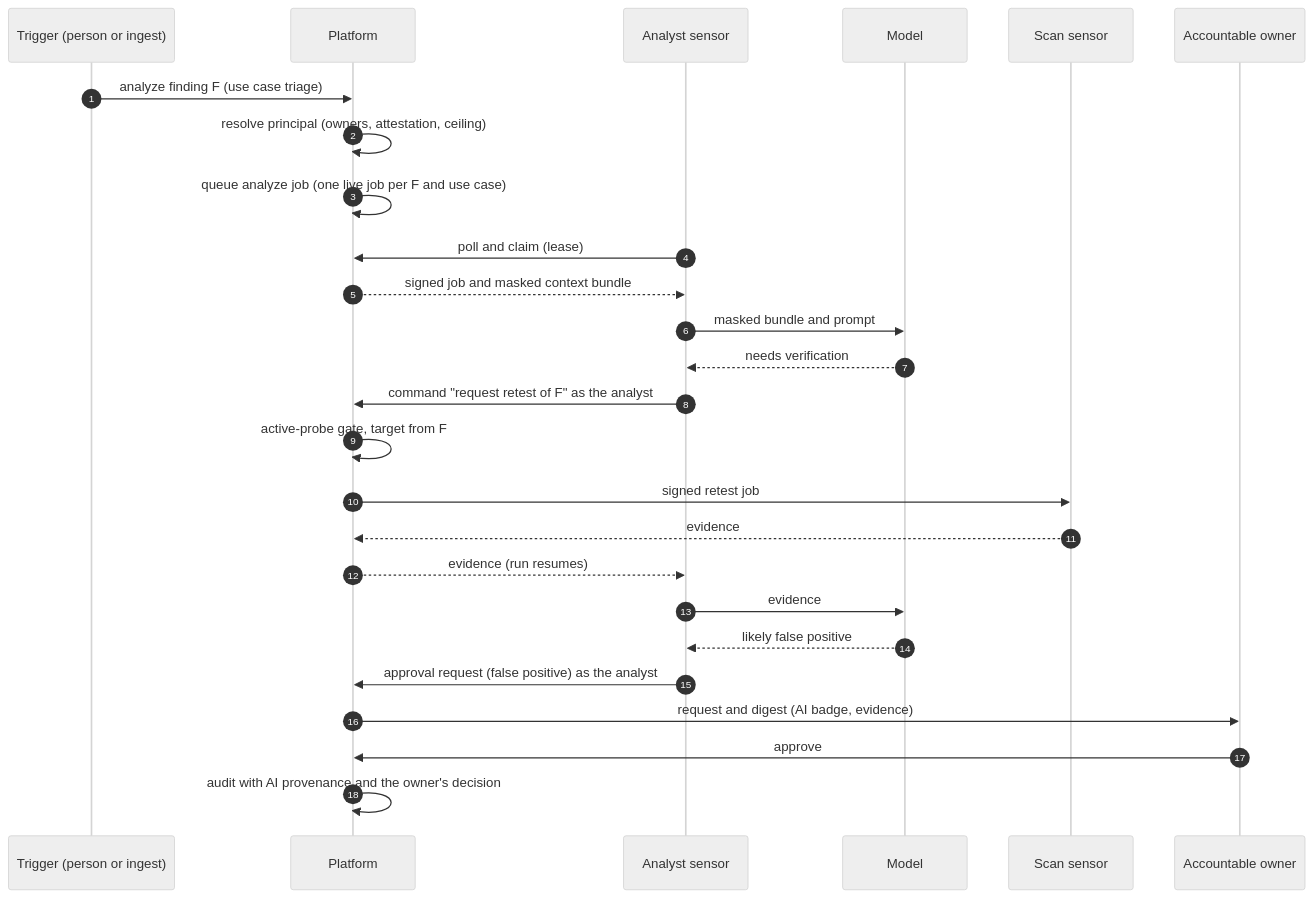
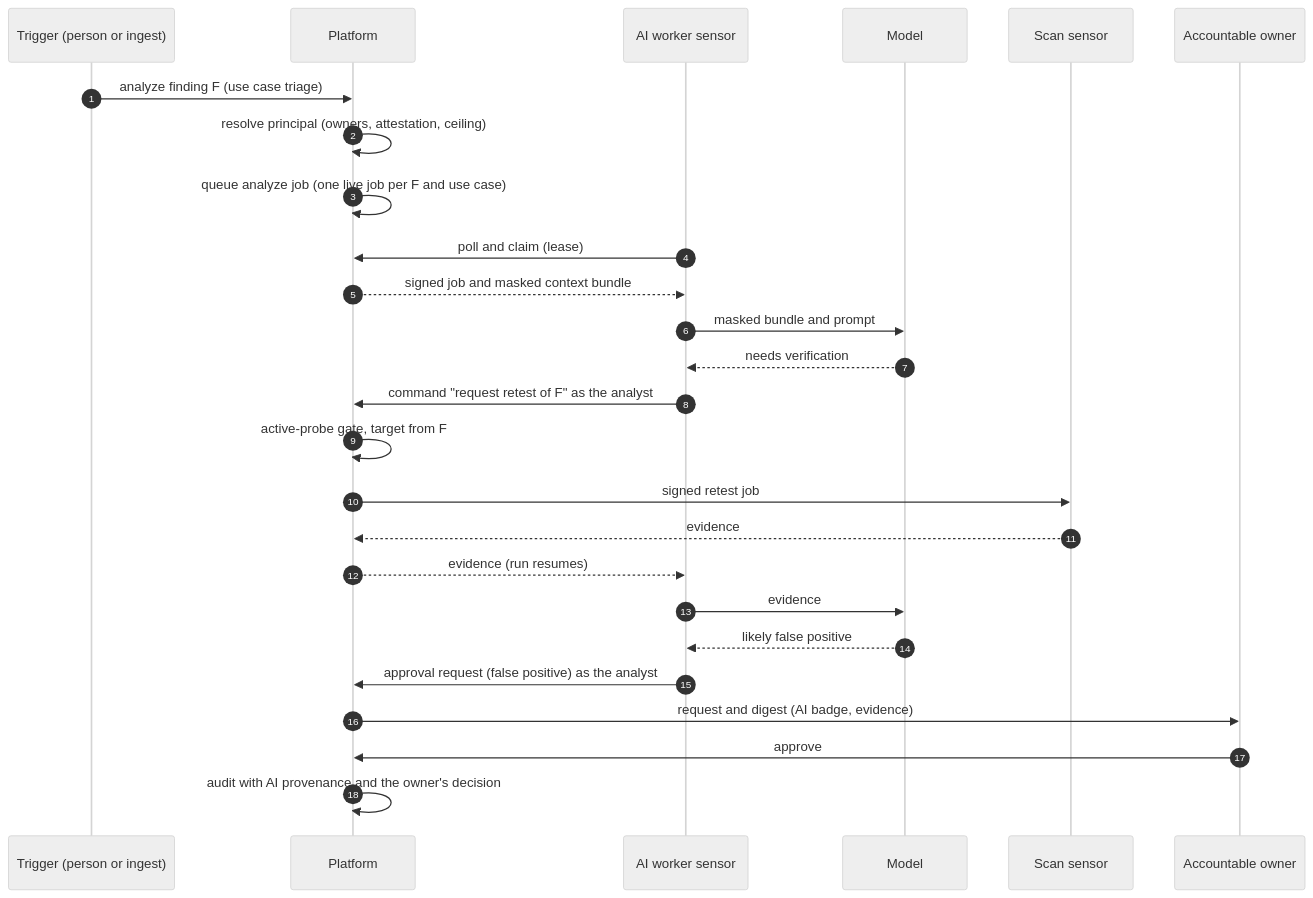
The fifth of 6 diagrams in api/docs/rfcs/RFC-132-ai-analyst-principal.md (openctemio/openctem), drawn with Mermaid (neutral theme) before and after one commit. The commit also changed other lines of this file, not shown here.

Commit message:
docs(rfc-132): terminology note (AI agent with a role, ai-worker sensors); prose only

````diff
--- a/api/docs/rfcs/RFC-132-ai-analyst-principal.md
+++ b/api/docs/rfcs/RFC-132-ai-analyst-principal.md
@@ -171,28 +181,28 @@
 ```mermaid
 sequenceDiagram
   autonumber
   participant T as Trigger (person or ingest)
   participant P as Platform
-  participant A as Analyst sensor
+  participant A as AI worker sensor
   participant M as Model
   participant S as Scan sensor
   participant O as Accountable owner
   T->>P: analyze finding F (use case triage)
   P->>P: resolve principal (owners, attestation, ceiling)
   P->>P: queue analyze job (one live job per F and use case)
   A->>P: poll and claim (lease)
   P-->>A: signed job and masked context bundle
   A->>M: masked bundle and prompt
   M-->>A: needs verification
   A->>P: command "request retest of F" as the analyst
   P->>P: active-probe gate, target from F
   P->>S: signed retest job
   S-->>P: evidence
   P-->>A: evidence (run resumes)
   A->>M: evidence
   M-->>A: likely false positive
   A->>P: approval request (false positive) as the analyst
   P->>O: request and digest (AI badge, evidence)
   O->>P: approve
   P->>P: audit with AI provenance and the owner's decision
 ```
````
